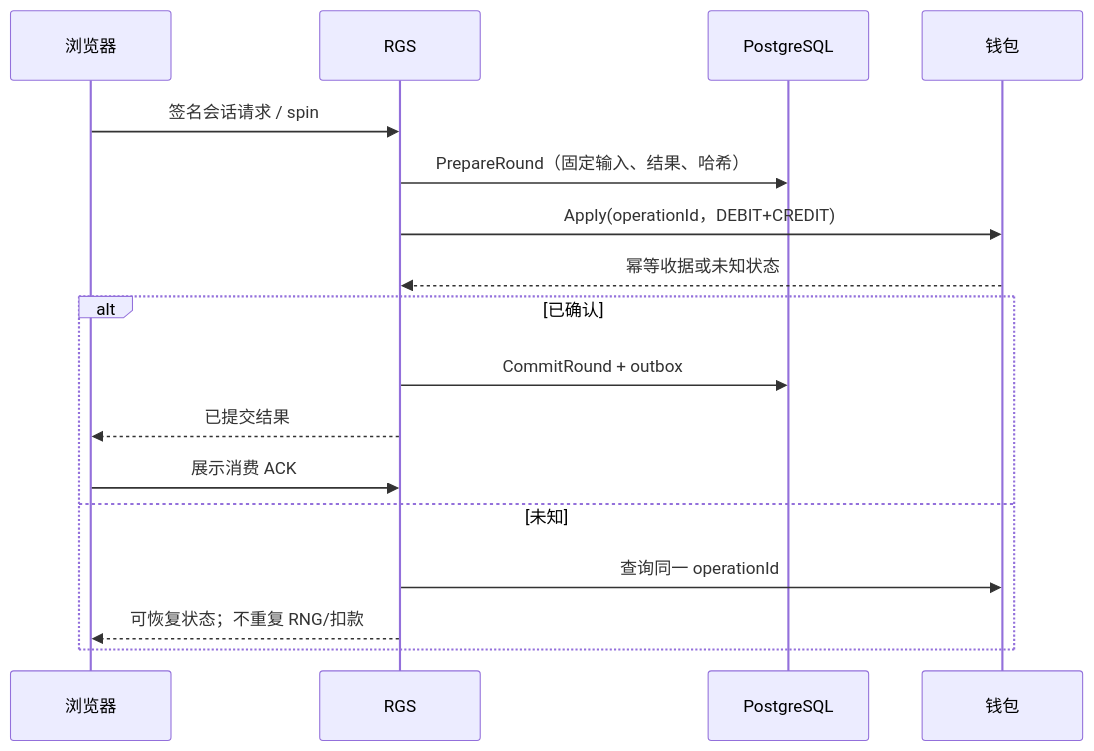
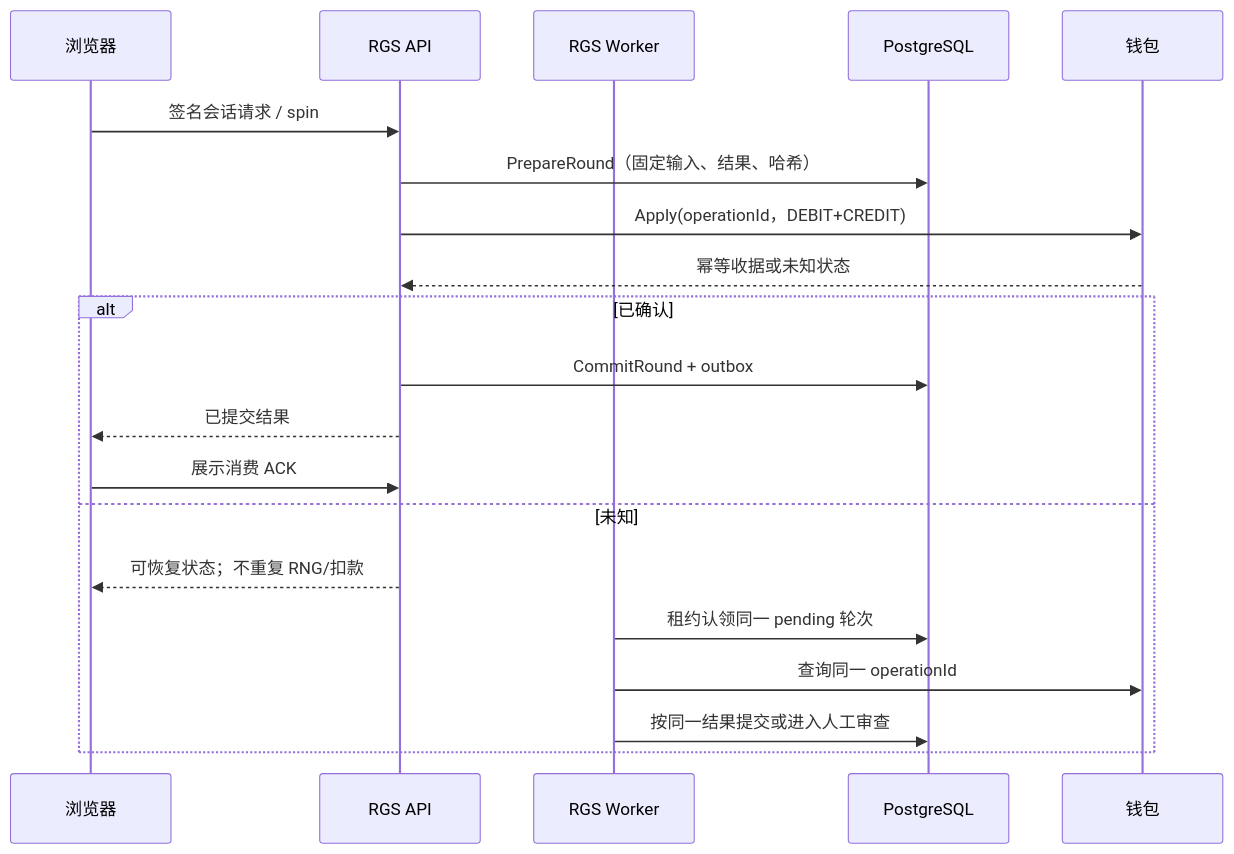
One commit to qqq723000-hash/slots-game changed the second of 2 diagrams in slots-game/docs/architecture.md. Above: the diagram before and after it, drawn with Mermaid. The commit also changed other lines of this file and 337 other files, not shown here.

````diff
--- a/slots-game/docs/architecture.md
+++ b/slots-game/docs/architecture.md
@@ -327,20 +362,23 @@
 ```mermaid
 sequenceDiagram
     participant B as 浏览器
-    participant R as RGS
+    participant A as RGS API
+    participant K as RGS Worker
     participant D as PostgreSQL
     participant W as 钱包
 
-    B->>R: 签名会话请求 / spin
-    R->>D: PrepareRound（固定输入、结果、哈希）
-    R->>W: Apply(operationId，DEBIT+CREDIT)
-    W-->>R: 幂等收据或未知状态
+    B->>A: 签名会话请求 / spin
+    A->>D: PrepareRound（固定输入、结果、哈希）
+    A->>W: Apply(operationId，DEBIT+CREDIT)
+    W-->>A: 幂等收据或未知状态
     alt 已确认
-        R->>D: CommitRound + outbox
-        R-->>B: 已提交结果
-        B->>R: 展示消费 ACK
+        A->>D: CommitRound + outbox
+        A-->>B: 已提交结果
+        B->>A: 展示消费 ACK
     else 未知
-        R->>W: 查询同一 operationId
-        R-->>B: 可恢复状态；不重复 RNG/扣款
+        A-->>B: 可恢复状态；不重复 RNG/扣款
+        K->>D: 租约认领同一 pending 轮次
+        K->>W: 查询同一 operationId
+        K->>D: 按同一结果提交或进入人工审查
     end
 ```
````
